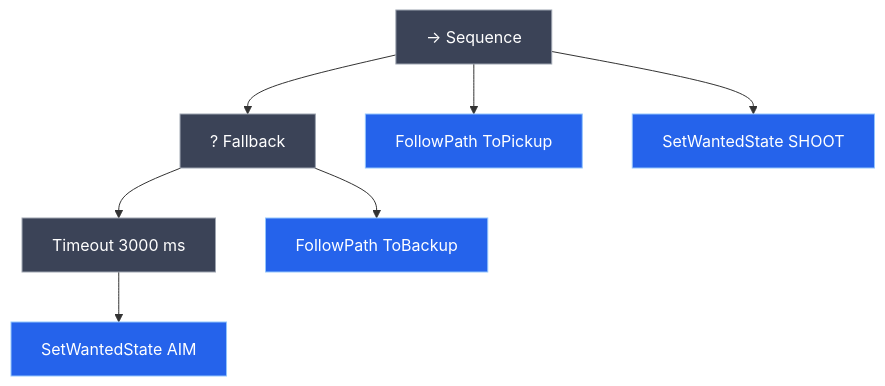
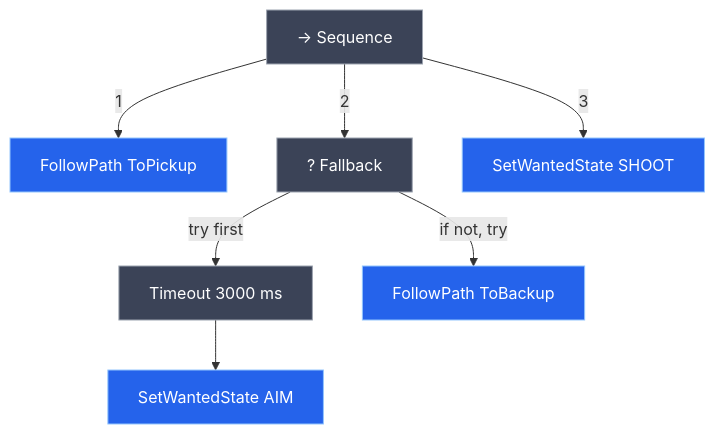
One commit to FRC-Team-4143/FRC-Team-4143.github.io changed the first of 7 diagrams in docs/software/controls/behavior-trees.mdx. Above: the diagram before and after it, drawn with Mermaid. The commit also changed other lines of this file and 7 other files, not shown here.

````diff
--- a/docs/software/controls/behavior-trees.mdx
+++ b/docs/software/controls/behavior-trees.mdx
@@ -41,22 +42,22 @@
 ```mermaid
 flowchart TD
     seq["→ Sequence"]
+    drive["FollowPath ToPickup"]
     fb["? Fallback"]
-    drive["FollowPath ToPickup"]
+    shoot["SetWantedState SHOOT"]
     to["Timeout 3000 ms"]
+    back["FollowPath ToBackup"]
     aim["SetWantedState AIM"]
-    shoot["SetWantedState SHOOT"]
-    back["FollowPath ToBackup"]
 
-    seq --> drive
-    seq --> fb
-    seq --> shoot
-    fb --> to
+    seq -->|1| drive
+    seq -->|2| fb
+    seq -->|3| shoot
+    fb -->|try first| to
+    fb -->|if not, try| back
     to --> aim
-    fb --> back
 
     classDef control fill:#3b4357,stroke:#9ca3af,color:#fff
     classDef leaf fill:#2563eb,stroke:#93c5fd,color:#fff
     class seq,fb,to control
     class drive,aim,shoot,back leaf
 ```
````
